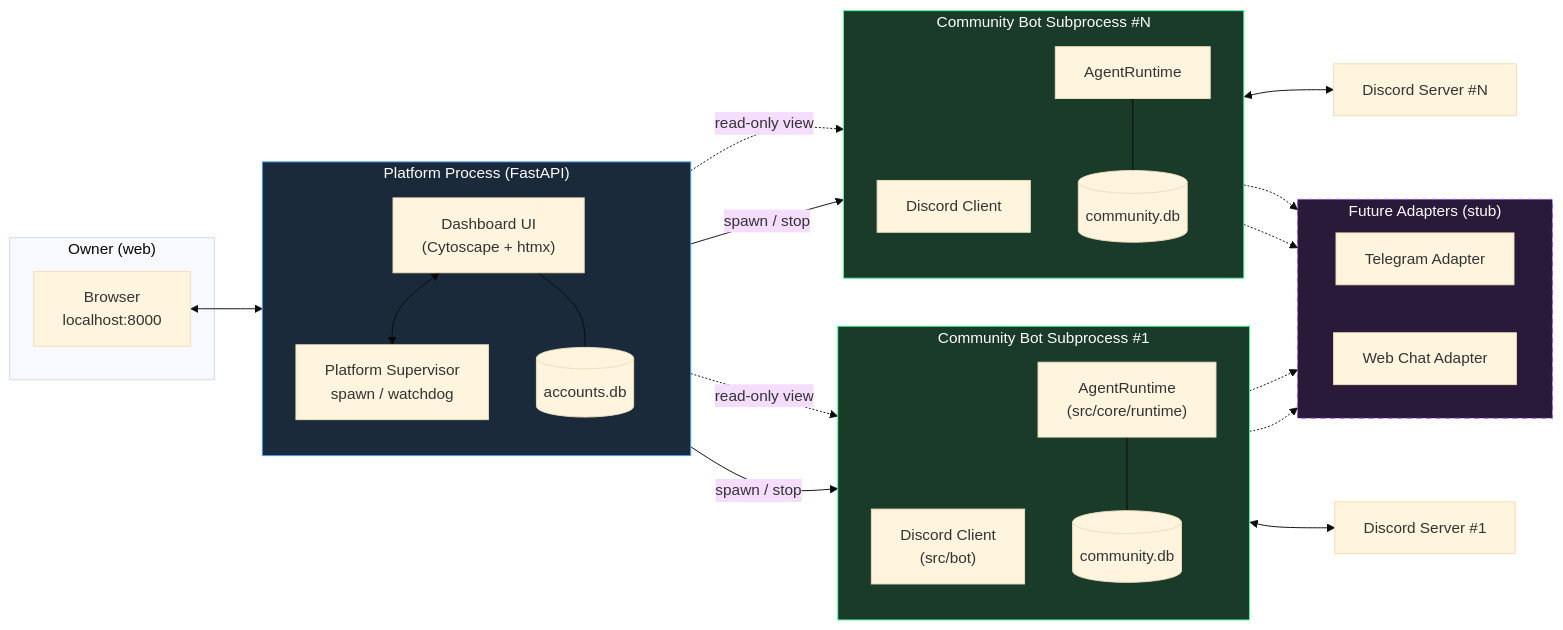
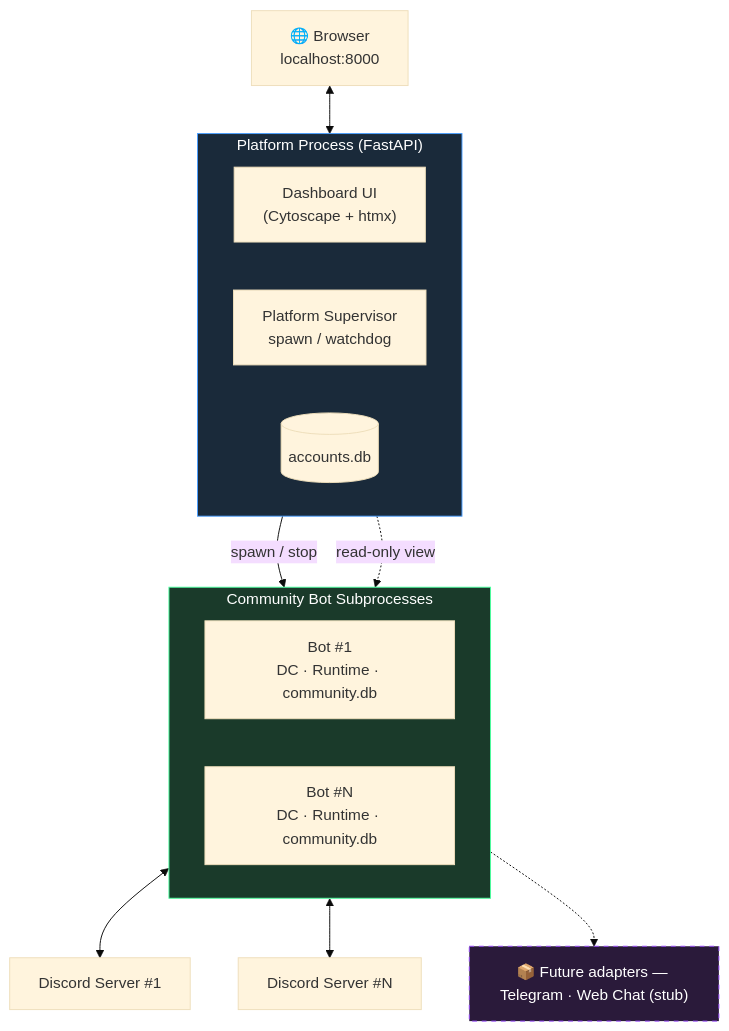
The third of 7 diagrams in README.md (je-empty/Glimi), drawn with Mermaid (base theme) before and after one commit. The commit also changed other lines of this file and 2 other files, not shown here.

First line of the commit message:
docs: README 톤 정돈 + long-form blog 분리 + mermaid 레이아웃 정리

````diff
--- a/README.md
+++ b/README.md
@@ -225,51 +167,33 @@
 ```mermaid
-flowchart LR
-    subgraph Owner["Owner (web)"]
-        Browser["Browser<br/>localhost:8000"]
-    end
+flowchart TB
+    Browser["🌐 Browser<br/>localhost:8000"]
 
     subgraph Platform["Platform Process (FastAPI)"]
-        direction TB
+        direction LR
         Dashboard["Dashboard UI<br/>(Cytoscape + htmx)"]
         PSup["Platform Supervisor<br/>spawn / watchdog"]
         PAcc[("accounts.db")]
     end
 
-    subgraph Bot1["Community Bot Subprocess #1"]
-        direction TB
-        DC1["Discord Client<br/>(src/bot)"]
-        RT1["AgentRuntime<br/>(src/core/runtime)"]
-        DB1[("community.db")]
+    subgraph Bots["Community Bot Subprocesses"]
+        direction LR
+        Bot1["Bot #1<br/>DC · Runtime · community.db"]
+        BotN["Bot #N<br/>DC · Runtime · community.db"]
     end
 
-    subgraph Bot2["Community Bot Subprocess #N"]
-        direction TB
-        DC2["Discord Client"]
-        RT2["AgentRuntime"]
-        DB2[("community.db")]
-    end
+    Discord1["Discord Server #1"]
+    DiscordN["Discord Server #N"]
 
-    Browser <--> Dashboard
-    Dashboard <--> PSup
-    Dashboard --- PAcc
-    PSup -->|"spawn / stop"| Bot1 & Bot2
+    Future["📦 Future adapters — Telegram · Web Chat (stub)"]
 
-    DC1 <--> Discord1["Discord Server #1"]
-    DC2 <--> Discord2["Discord Server #N"]
-    RT1 --- DB1
-    RT2 --- DB2
-    Dashboard -.->|"read-only view"| DB1 & DB2
-
-    subgraph Future["Future Adapters (stub)"]
-        direction LR
-        Tg["Telegram Adapter"]
-        Web["Web Chat Adapter"]
-    end
-    RT1 -.-> Tg & Web
-    RT2 -.-> Tg & Web
+    Browser <--> Platform
+    Platform -->|"spawn / stop"| Bots
+    Platform -. "read-only view" .-> Bots
+    Bot1 <--> Discord1
+    BotN <--> DiscordN
+    Bots -.-> Future
 
     style Platform fill:#1a2a3a,stroke:#4a9eff,color:#fff
-    style Bot1 fill:#1a3a2a,stroke:#4aff9e,color:#fff
-    style Bot2 fill:#1a3a2a,stroke:#4aff9e,color:#fff
+    style Bots fill:#1a3a2a,stroke:#4aff9e,color:#fff
     style Future fill:#2a1a3a,stroke:#9a4aff,color:#fff,stroke-dasharray: 5 5
 ```
````
